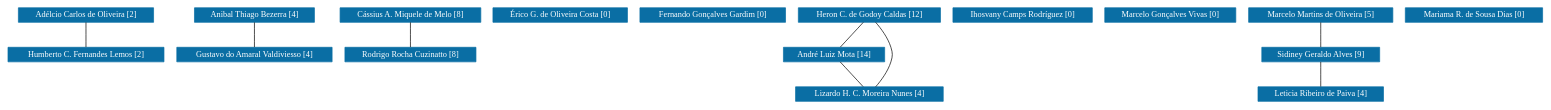
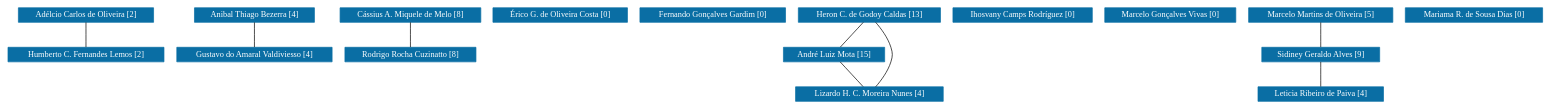
The diagram in PPGF/grafoDeColaboracoesSemPesos.dot (icamps/unifal-lattes.github.io), drawn with Graphviz before and after one commit. The commit also changed 868 other files, not shown here.

```diff
--- a/PPGF/grafoDeColaboracoesSemPesos.dot
+++ b/PPGF/grafoDeColaboracoesSemPesos.dot
@@ -1,138 +1,138 @@
 strict graph grafo1 {
 	graph [bb="0,0,1836.5,135",
 		id=grafo1,
 		overlap=False
 	];
 	node [fontsize=12,
 		label="\N",
 		shape=rectangle,
 		style=filled
 	];
 	0	 [URL="membro-0487113229071944.html",
 		color="#0A6EA4",
 		fontcolor="#FFFFFF",
 		height=0.29167,
 		label="Adélcio Carlos de Oliveira [2]",
 		pos="92,124.5",
 		width=2.1944];
 	7	 [URL="membro-8374281747074655.html",
 		color="#0A6EA4",
 		fontcolor="#FFFFFF",
 		height=0.29167,
 		label="Humberto C. Fernandes Lemos [2]",
 		pos="92,67.5",
 		width=2.5556];
 	0 -- 7	 [pos="92,113.78 92,103.59 92,88.348 92,78.173"];
 	1	 [URL="membro-8478305453281130.html",
 		color="#0A6EA4",
 		fontcolor="#FFFFFF",
 		height=0.29167,
 		label="Anibal Thiago Bezerra [4]",
 		pos="294,124.5",
 		width=1.9861];
 	5	 [URL="membro-4023778019418442.html",
 		color="#0A6EA4",
 		fontcolor="#FFFFFF",
 		height=0.29167,
 		label="Gustavo do Amaral Valdiviesso [4]",
 		pos="294,67.5",
 		width=2.5417];
 	1 -- 5	 [pos="294,113.78 294,103.59 294,88.348 294,78.173"];
 	2	 [URL="membro-4002033080997386.html",
 		color="#0A6EA4",
 		fontcolor="#FFFFFF",
 		height=0.29167,
 		label="Cássius A. Miquele de Melo [8]",
 		pos="481,124.5",
 		width=2.3194];
 	11	 [URL="membro-8073303573679522.html",
 		color="#0A6EA4",
 		fontcolor="#FFFFFF",
 		height=0.29167,
 		label="Rodrigo Rocha Cuzinatto [8]",
 		pos="481,67.5",
 		width=2.1389];
 	2 -- 11	 [pos="481,113.78 481,103.59 481,88.348 481,78.173"];
 	3	 [URL="membro-4937965723746020.html",
 		color="#0A6EA4",
 		fontcolor="#FFFFFF",
 		height=0.29167,
 		label="Érico G. de Oliveira Costa [0]",
 		pos="663,124.5",
 		width=2.2222];
 	4	 [URL="membro-2425549033248106.html",
 		color="#0A6EA4",
 		fontcolor="#FFFFFF",
 		height=0.29167,
 		label="Fernando Gonçalves Gardim [0]",
 		pos="846,124.5",
 		width=2.3611];
 	6	 [URL="membro-1373657423991547.html",
 		color="#0A6EA4",
 		fontcolor="#FFFFFF",
 		height=0.29167,
-		label="Heron C. de Godoy Caldas [12]",
+		label="Heron C. de Godoy Caldas [13]",
 		pos="1033,124.5",
 		width=2.3333];
 	13	 [URL="membro-8453016139576761.html",
 		color="#0A6EA4",
 		fontcolor="#FFFFFF",
 		height=0.29167,
-		label="André Luiz Mota [14]",
+		label="André Luiz Mota [15]",
 		pos="988,67.5",
 		width=1.6944];
 	6 -- 13	 [pos="1024.5,113.78 1016.5,103.59 1004.5,88.348 996.43,78.173"];
 	15	 [URL="membro-9320579515635433.html",
 		color="#0A6EA4",
 		fontcolor="#FFFFFF",
 		height=0.29167,
 		label="Lizardo H. C. Moreira Nunes [4]",
 		pos="1033,10.5",
 		width=2.4028];
 	6 -- 15	 [pos="1040.8,113.68 1046.8,104.64 1054.7,91.155 1058,78 1063.2,57.399 1050.5,34.392 1041.3,21.26"];
 	13 -- 15	 [pos="996.46,56.779 1004.5,46.588 1016.5,31.348 1024.6,21.173"];
 	8	 [URL="membro-3732563704810366.html",
 		color="#0A6EA4",
 		fontcolor="#FFFFFF",
 		height=0.29167,
 		label="Ihosvany Camps Rodríguez [0]",
 		pos="1217,124.5",
 		width=2.2778];
 	9	 [URL="membro-1312049227898761.html",
 		color="#0A6EA4",
 		fontcolor="#FFFFFF",
 		height=0.29167,
 		label="Marcelo Gonçalves Vivas [0]",
 		pos="1395,124.5",
 		width=2.1528];
 	10	 [URL="membro-2091568617999217.html",
 		color="#0A6EA4",
 		fontcolor="#FFFFFF",
 		height=0.29167,
 		label="Marcelo Martins de Oliveira [5]",
 		pos="1574,124.5",
 		width=2.3194];
 	12	 [URL="membro-4536440727635518.html",
 		color="#0A6EA4",
 		fontcolor="#FFFFFF",
 		height=0.29167,
 		label="Sidiney Geraldo Alves [9]",
 		pos="1574,67.5",
 		width=1.9444];
 	10 -- 12	 [pos="1574,113.78 1574,103.59 1574,88.348 1574,78.173"];
 	14	 [URL="membro-9428416479663144.html",
 		color="#0A6EA4",
 		fontcolor="#FFFFFF",
 		height=0.29167,
 		label="Leticia Ribeiro de Paiva [4]",
 		pos="1574,10.5",
 		width=2.0417];
 	12 -- 14	 [pos="1574,56.779 1574,46.588 1574,31.348 1574,21.173"];
 	16	 [URL="membro-9972552337847809.html",
 		color="#0A6EA4",
 		fontcolor="#FFFFFF",
 		height=0.29167,
 		label="Mariama R. de Sousa Dias [0]",
 		pos="1756,124.5",
 		width=2.2361];
 }
```
